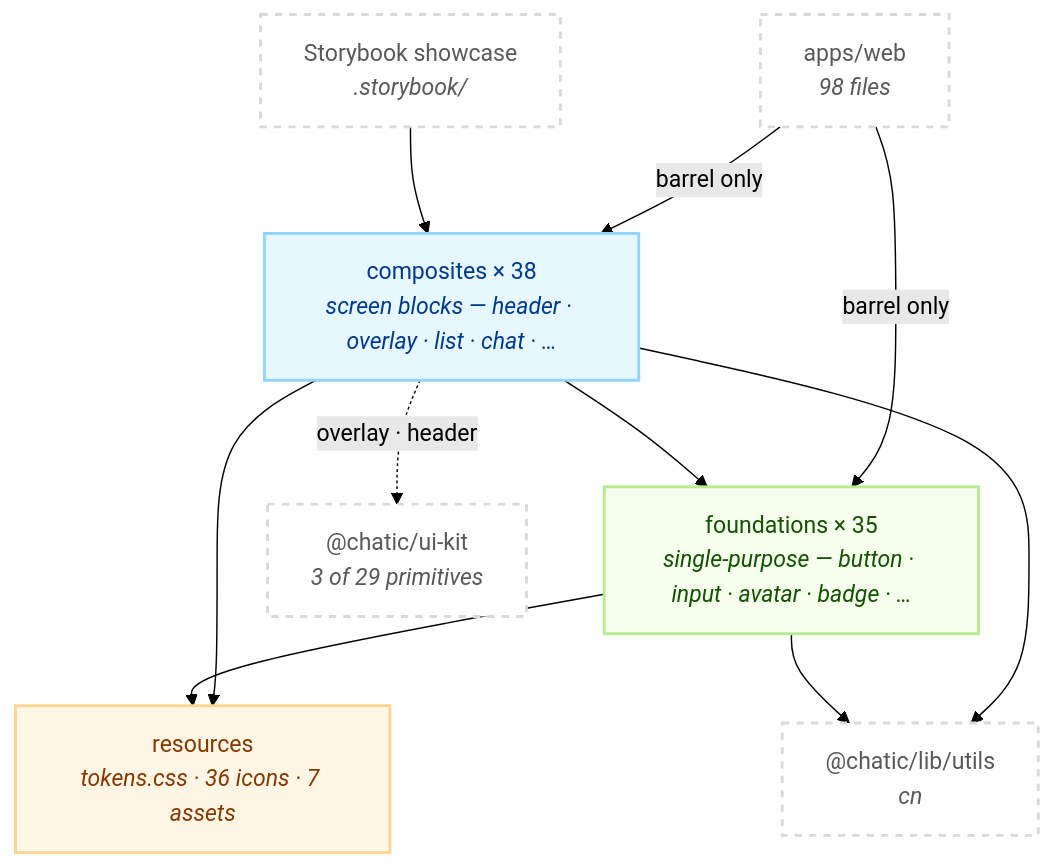
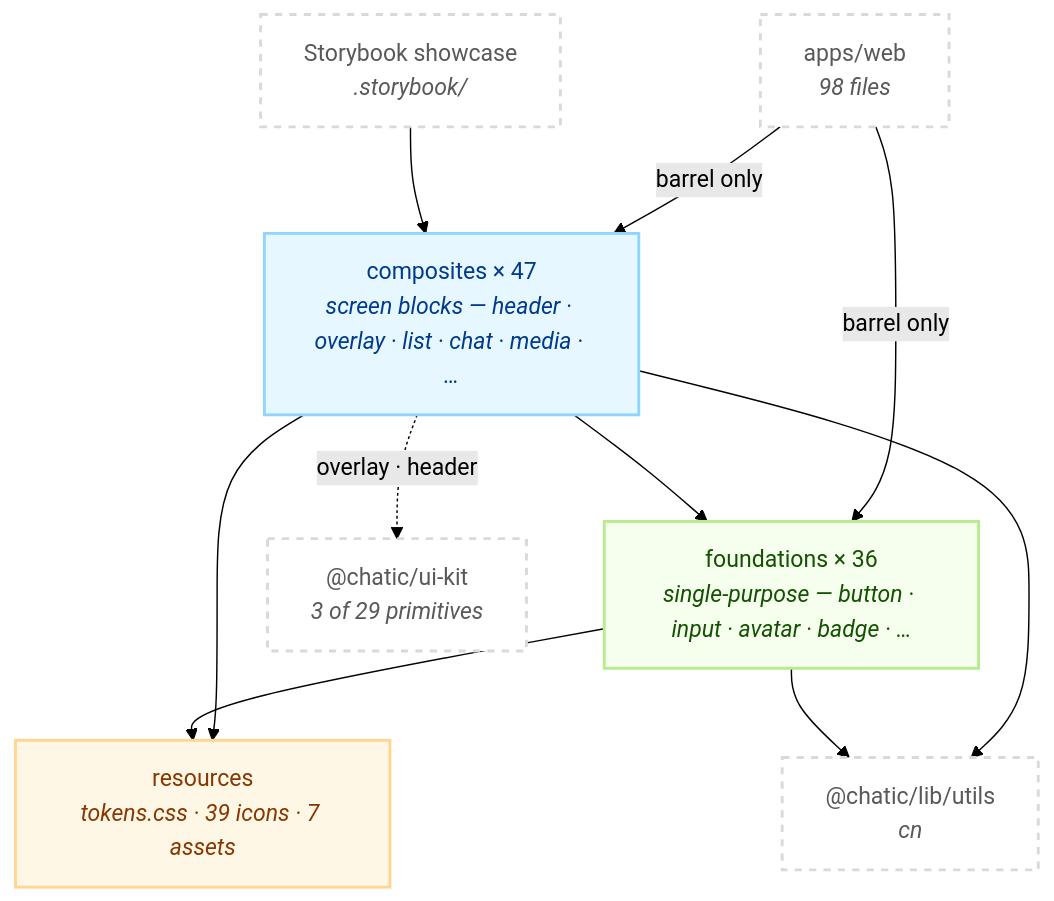
One commit to lemoncloud-io/dou-app changed the first of 2 diagrams in libs/web-ui-kit/README.md. Above: the diagram before and after it, drawn with Mermaid (forest theme). The commit also changed other lines of this file and 37 other files, not shown here.

````diff
--- a/libs/web-ui-kit/README.md
+++ b/libs/web-ui-kit/README.md
@@ -99,27 +99,27 @@
 ```mermaid
 flowchart TD
     classDef comp fill:#e6f7ff,stroke:#91d5ff,stroke-width:2px,color:#003a8c;
     classDef found fill:#f6ffed,stroke:#b7eb8f,stroke-width:2px,color:#135200;
     classDef res fill:#fff7e6,stroke:#ffd591,stroke-width:2px,color:#873800;
     classDef ext fill:#ffffff,stroke:#d9d9d9,stroke-width:2px,color:#595959,stroke-dasharray: 5 5;
 
     App["apps/web<br/><i>98 files</i>"]:::ext
     SB["Storybook showcase<br/><i>.storybook/</i>"]:::ext
 
-    C["composites × 38<br/><i>screen blocks — header · overlay · list · chat · …</i>"]:::comp
-    F["foundations × 35<br/><i>single-purpose — button · input · avatar · badge · …</i>"]:::found
-    R["resources<br/><i>tokens.css · 36 icons · 7 assets</i>"]:::res
+    C["composites × 47<br/><i>screen blocks — header · overlay · list · chat · media · …</i>"]:::comp
+    F["foundations × 36<br/><i>single-purpose — button · input · avatar · badge · …</i>"]:::found
+    R["resources<br/><i>tokens.css · 39 icons · 7 assets</i>"]:::res
 
     UK["@chatic/ui-kit<br/><i>3 of 29 primitives</i>"]:::ext
     CN["@chatic/lib/utils<br/><i>cn</i>"]:::ext
 
     App -->|"barrel only"| C
     App -->|"barrel only"| F
     SB --> C
     C --> F
     C --> R
     F --> R
     C -.->|"overlay · header"| UK
     C --> CN
     F --> CN
 ```
````
